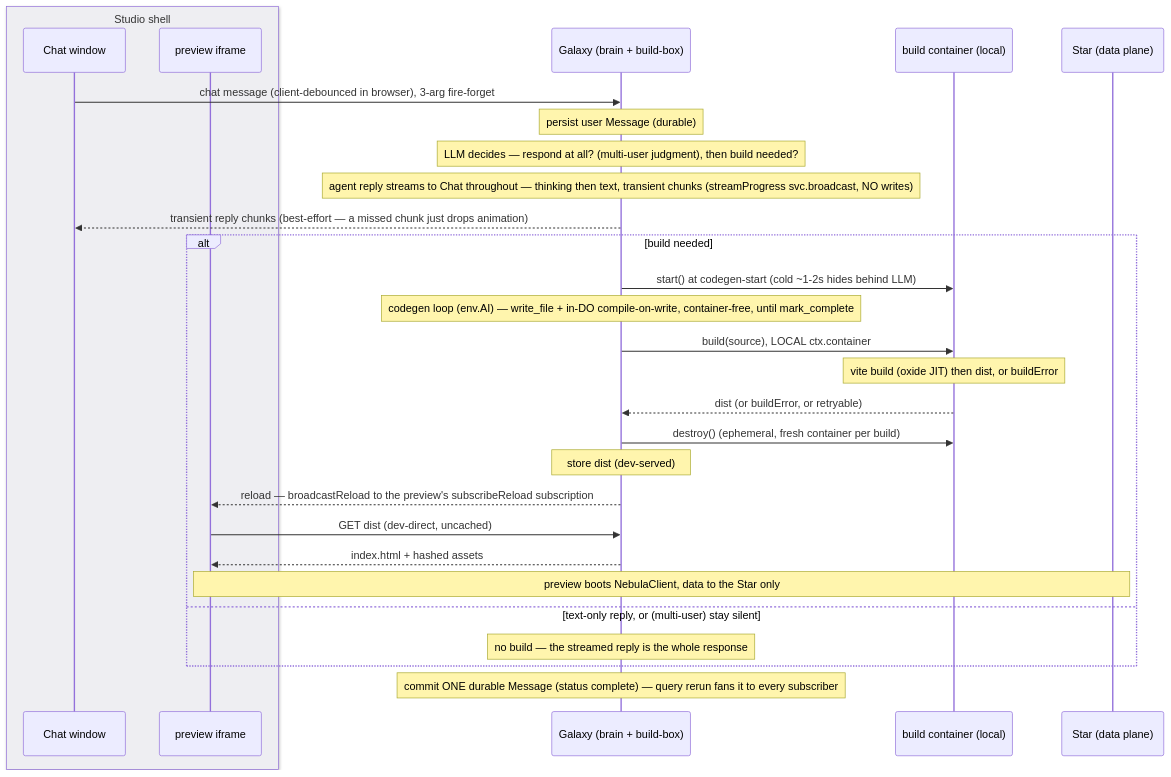
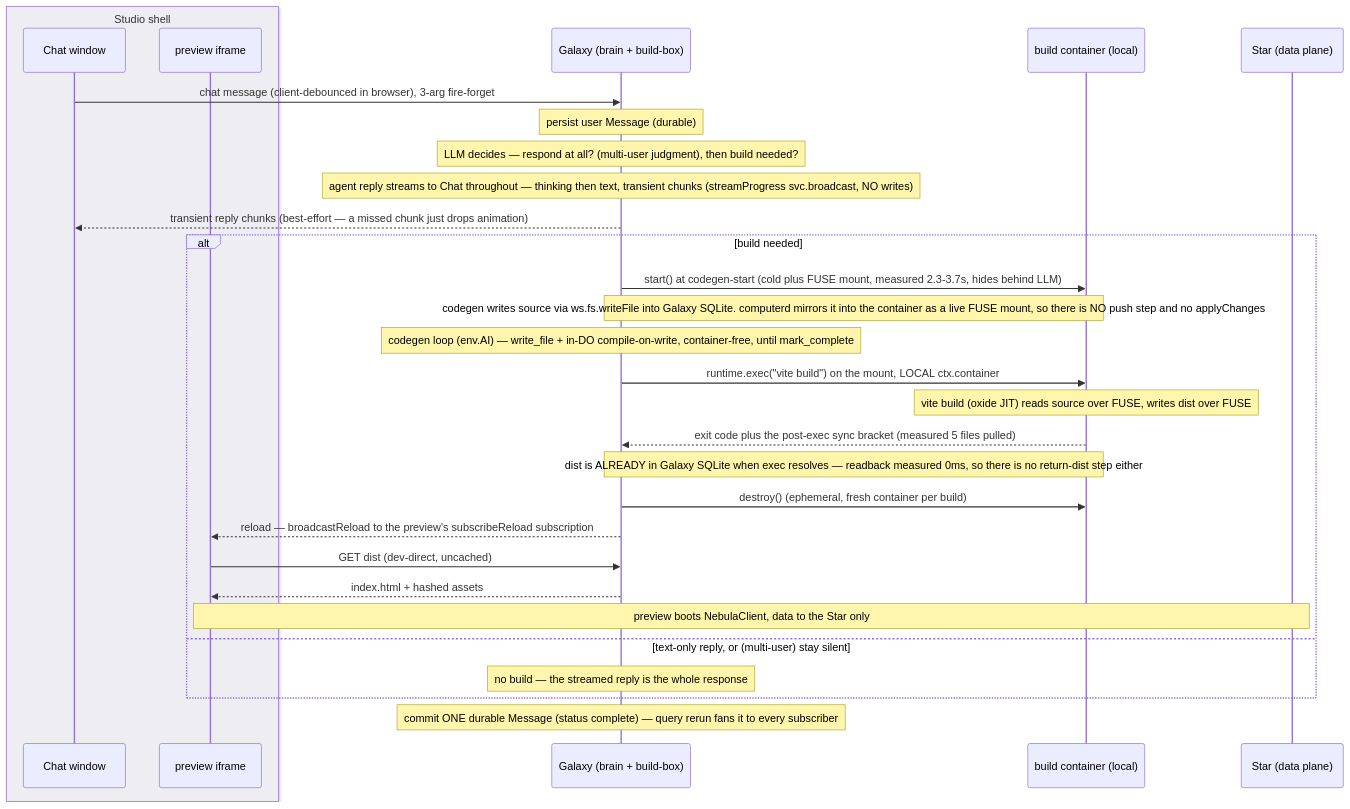
Before and after one commit to lumenize/lumenize: the first of 2 diagrams in tasks/nebula-galaxy-collapse-and-chat.md, drawn with Mermaid.

Commit message:
docs(collapse): update the Core flow diagram for the FUSE model
The build step is no longer push-source / build / return-dist. computerd mirrors
Galaxy's SQLite into the container as a live FUSE mount, so source delivery and
dist return both disappear into the exec's own sync bracket (both measured at 0ms).
Cold start note corrected to the measured 2.3-3.7s.

Mermaid render-safety check run: no ; or # in any fenced block.

````diff
--- a/tasks/nebula-galaxy-collapse-and-chat.md
+++ b/tasks/nebula-galaxy-collapse-and-chat.md
@@ -83,31 +83,32 @@
 ```mermaid
 sequenceDiagram
     box rgb(238,238,242) Studio shell
       participant Chat as Chat window
       participant P as preview iframe
     end
     participant G as Galaxy (brain + build-box)
     participant K as build container (local)
     participant Da as Star (data plane)
     Chat->>G: chat message (client-debounced in browser), 3-arg fire-forget
     Note over G: persist user Message (durable)
     Note over G: LLM decides — respond at all? (multi-user judgment), then build needed?
     Note over G: agent reply streams to Chat throughout — thinking then text, transient chunks (streamProgress svc.broadcast, NO writes)
     G-->>Chat: transient reply chunks (best-effort — a missed chunk just drops animation)
     alt build needed
-      G->>K: start() at codegen-start (cold ~1-2s hides behind LLM)
+      G->>K: start() at codegen-start (cold plus FUSE mount, measured 2.3-3.7s, hides behind LLM)
+      Note over G,K: codegen writes source via ws.fs.writeFile into Galaxy SQLite. computerd mirrors it into the container as a live FUSE mount, so there is NO push step and no applyChanges
       Note over G: codegen loop (env.AI) — write_file + in-DO compile-on-write, container-free, until mark_complete
-      G->>K: build(source), LOCAL ctx.container
-      Note over K: vite build (oxide JIT) then dist, or buildError
-      K-->>G: dist (or buildError, or retryable)
+      G->>K: runtime.exec("vite build") on the mount, LOCAL ctx.container
+      Note over K: vite build (oxide JIT) reads source over FUSE, writes dist over FUSE
+      K-->>G: exit code plus the post-exec sync bracket (measured 5 files pulled)
+      Note over G,K: dist is ALREADY in Galaxy SQLite when exec resolves — readback measured 0ms, so there is no return-dist step either
       G->>K: destroy() (ephemeral, fresh container per build)
-      Note over G: store dist (dev-served)
       G-->>P: reload — broadcastReload to the preview's subscribeReload subscription
       P->>G: GET dist (dev-direct, uncached)
       G-->>P: index.html + hashed assets
       Note over P,Da: preview boots NebulaClient, data to the Star only
     else text-only reply, or (multi-user) stay silent
       Note over G: no build — the streamed reply is the whole response
     end
     Note over G: commit ONE durable Message (status complete) — query rerun fans it to every subscriber
 ```
````
